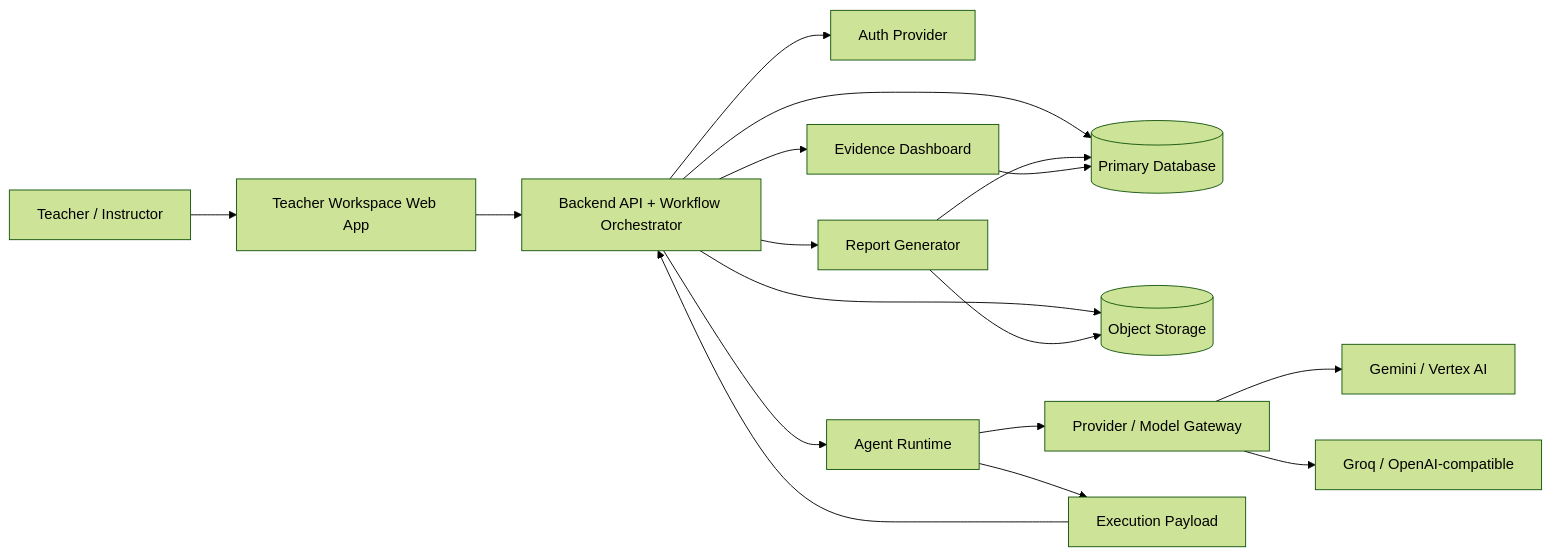
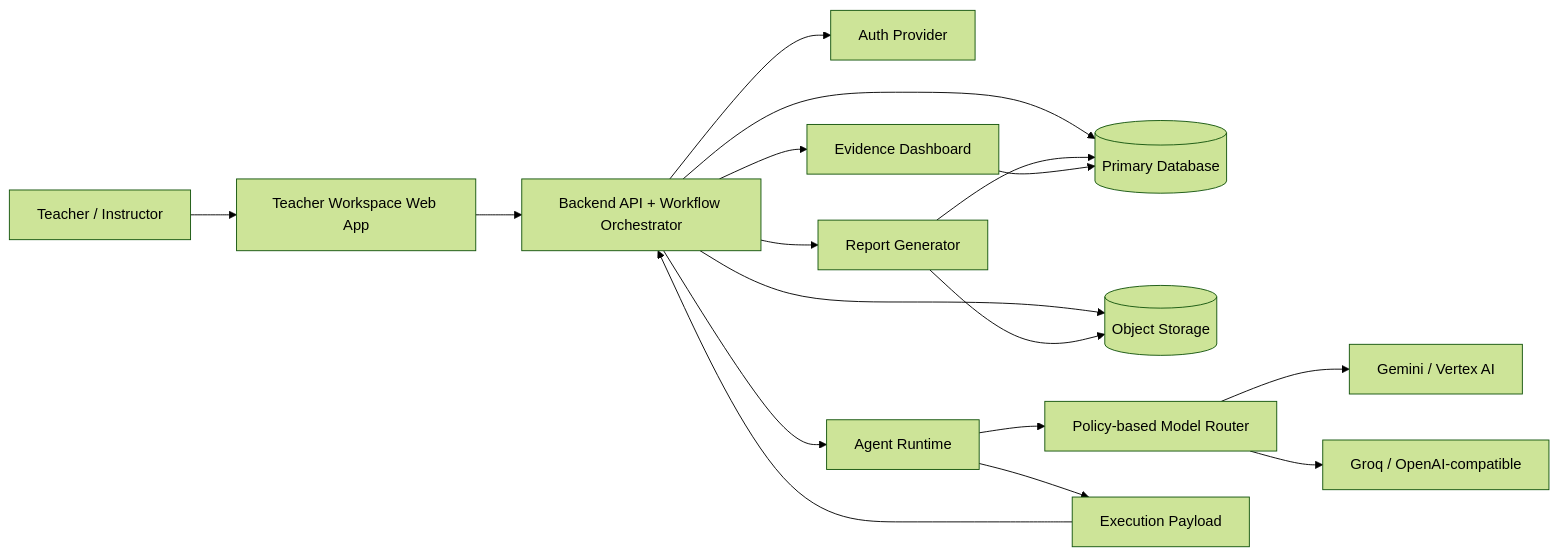
The first of 5 diagrams in docs/04-architecture/system-architecture.md (cmartinezs/grade-ops-ai), drawn with Mermaid (forest theme) before and after one commit. The commit also changed other lines of this file and 18 other files, not shown here.

Commit message:
docs(architecture): delegate model routing to agent runtime

````diff
--- a/docs/04-architecture/system-architecture.md
+++ b/docs/04-architecture/system-architecture.md
@@ -36,23 +36,23 @@
 ```mermaid
 flowchart LR
     Teacher[Teacher / Instructor] --> Web[Teacher Workspace Web App]
     Web --> API[Backend API + Workflow Orchestrator]
 
     API --> Auth[Auth Provider]
     API --> DB[(Primary Database)]
     API --> Storage[(Object Storage)]
     API --> AgentRuntime[Agent Runtime]
 
-    AgentRuntime --> Provider[Provider / Model Gateway]
-    Provider --> Gemini[Gemini / Vertex AI]
-    Provider --> Groq[Groq / OpenAI-compatible]
+    AgentRuntime --> Router[Policy-based Model Router]
+    Router --> Gemini[Gemini / Vertex AI]
+    Router --> Groq[Groq / OpenAI-compatible]
     AgentRuntime --> EvidencePayload[Execution Payload]
     EvidencePayload --> API
 
     API --> Reports[Report Generator]
     Reports --> Storage
     Reports --> DB
 
     API --> Dashboard[Evidence Dashboard]
     Dashboard --> DB
 ```
````
